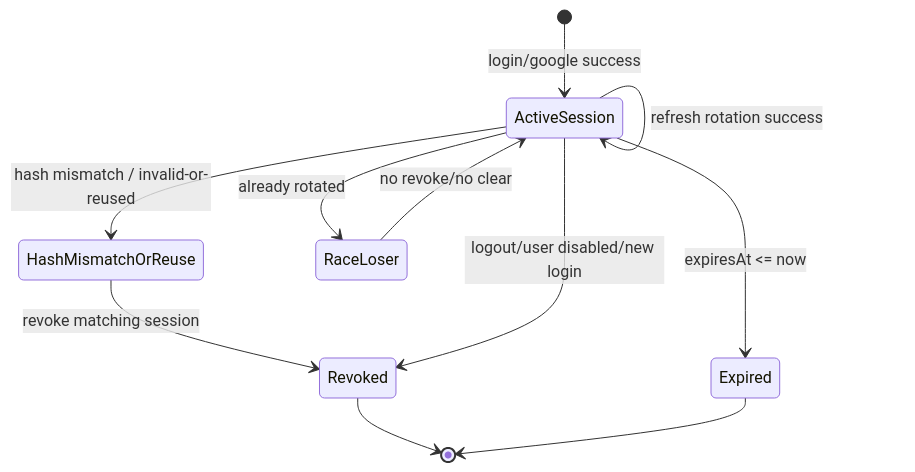
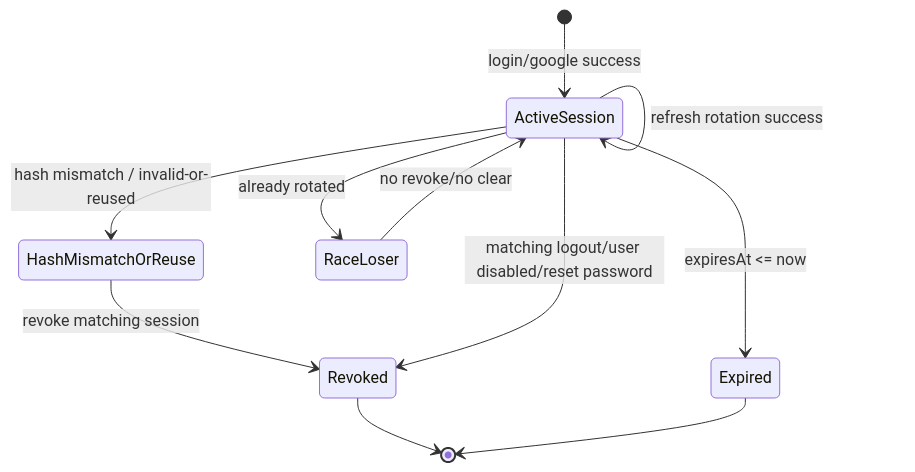
Before and after one commit to xuandc24v7k040/Bookora-API: diagram 11 of 11 in auth-contract.md, drawn with Mermaid. The commit also changed other lines of this file and 27 other files, not shown here.

````diff
--- a/auth-contract.md
+++ b/auth-contract.md
@@ -969,13 +971,13 @@
 ```mermaid
 stateDiagram-v2
   [*] --> ActiveSession: login/google success
   ActiveSession --> ActiveSession: refresh rotation success
   ActiveSession --> HashMismatchOrReuse: hash mismatch / invalid-or-reused
   HashMismatchOrReuse --> Revoked: revoke matching session
   ActiveSession --> RaceLoser: already rotated
   RaceLoser --> ActiveSession: no revoke/no clear
-  ActiveSession --> Revoked: logout/user disabled/new login
+  ActiveSession --> Revoked: matching logout/user disabled/reset password
   ActiveSession --> Expired: expiresAt <= now
   Revoked --> [*]
   Expired --> [*]
 ```
````
